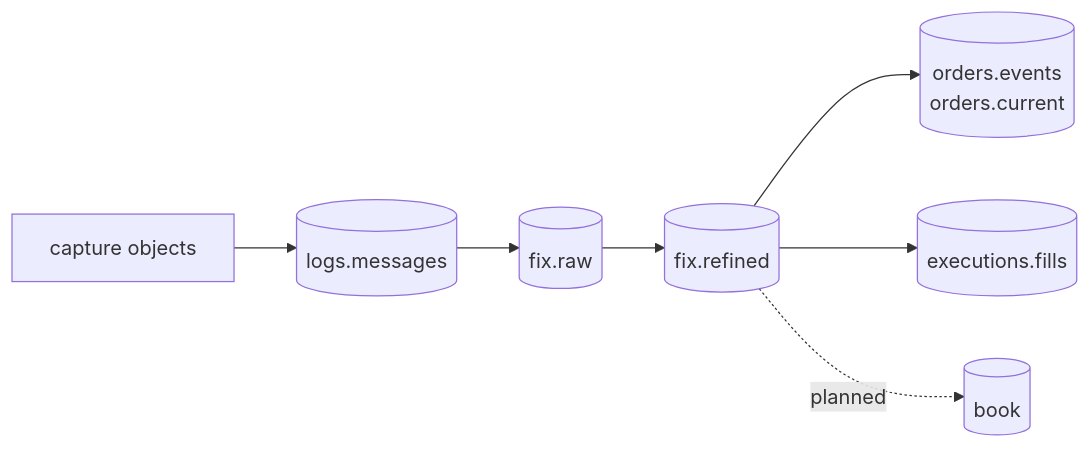
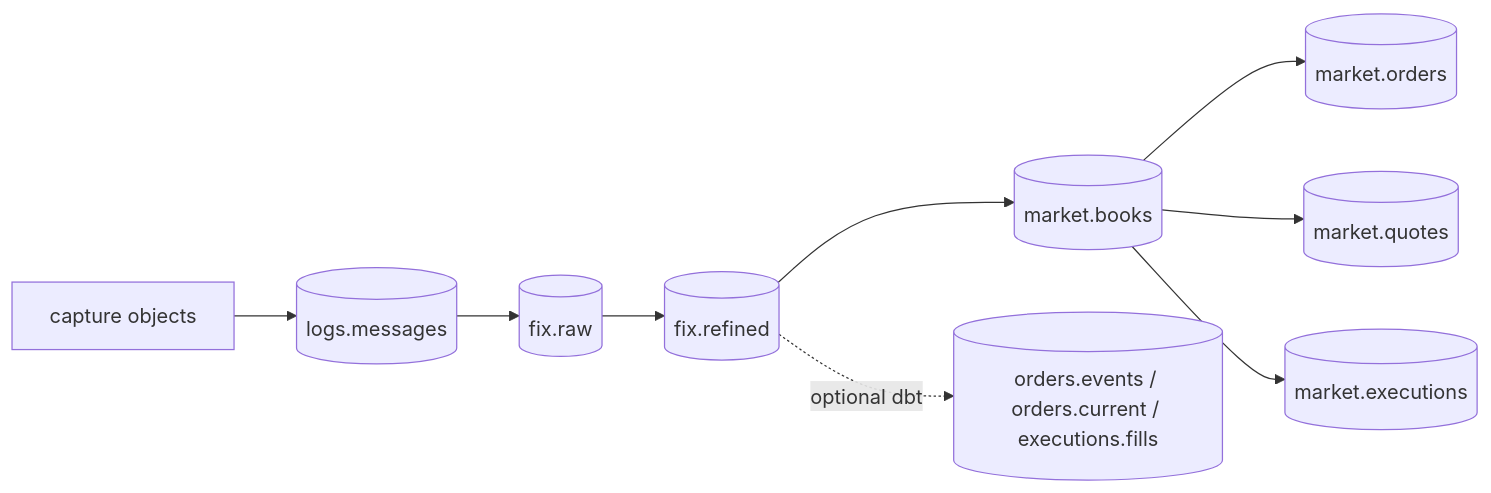
The diagram in docs/products/index.md (Platob/yggfin), drawn with Mermaid before and after one commit. The commit also changed other lines of this file and 62 other files, not shown here.

First line of the commit message:
Build market books and parallel event tables with Yggdryl 0.1.11 (#47)

````diff
--- a/docs/products/index.md
+++ b/docs/products/index.md
@@ -8,9 +7,10 @@
 ```mermaid
 flowchart LR
     C["capture objects"] --> M[("logs.messages")]
-    M --> B[("fix.raw")]
-    B --> S[("fix.refined")]
-    S --> O[("orders.events<br/>orders.current")]
-    S --> E[("executions.fills")]
-    S -.planned.-> K[("book")]
+    M --> B[("fix.raw")] --> S[("fix.refined")]
+    S --> K[("market.books")]
+    K --> O[("market.orders")]
+    K --> Q[("market.quotes")]
+    K --> E[("market.executions")]
+    S -.optional dbt.-> D[("orders.events / orders.current / executions.fills")]
 ```
````
